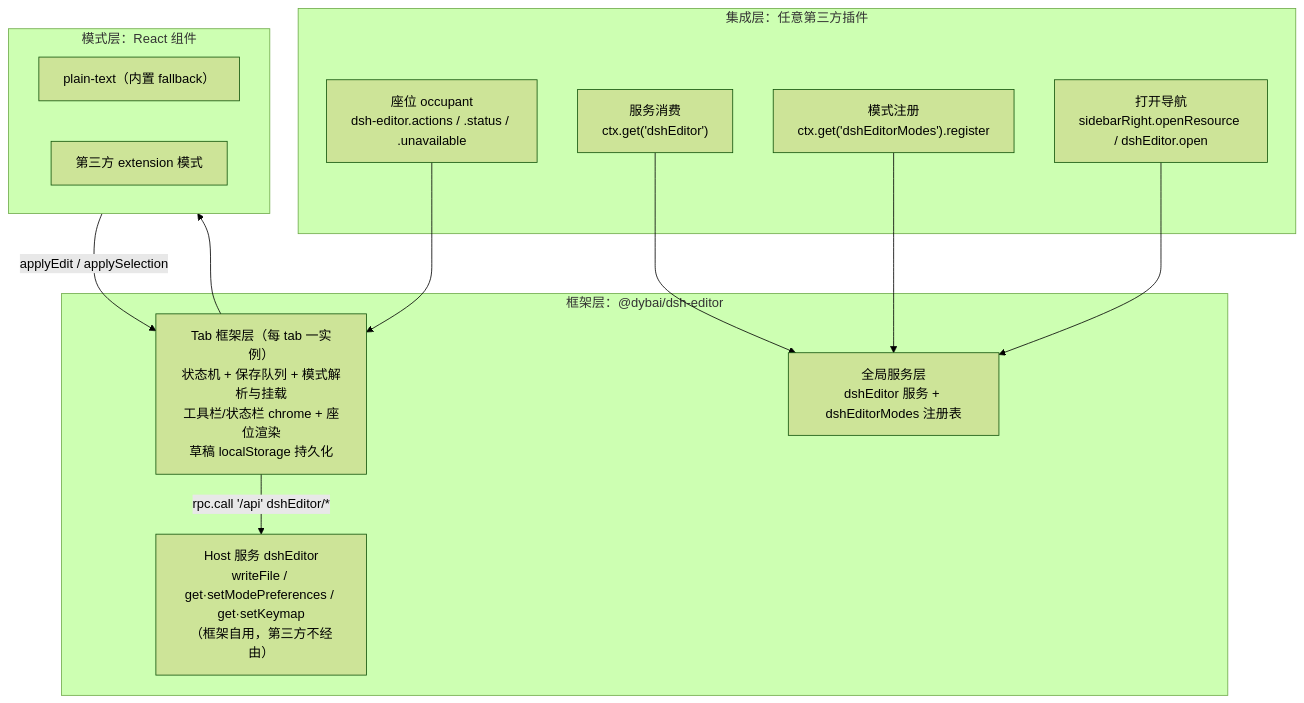
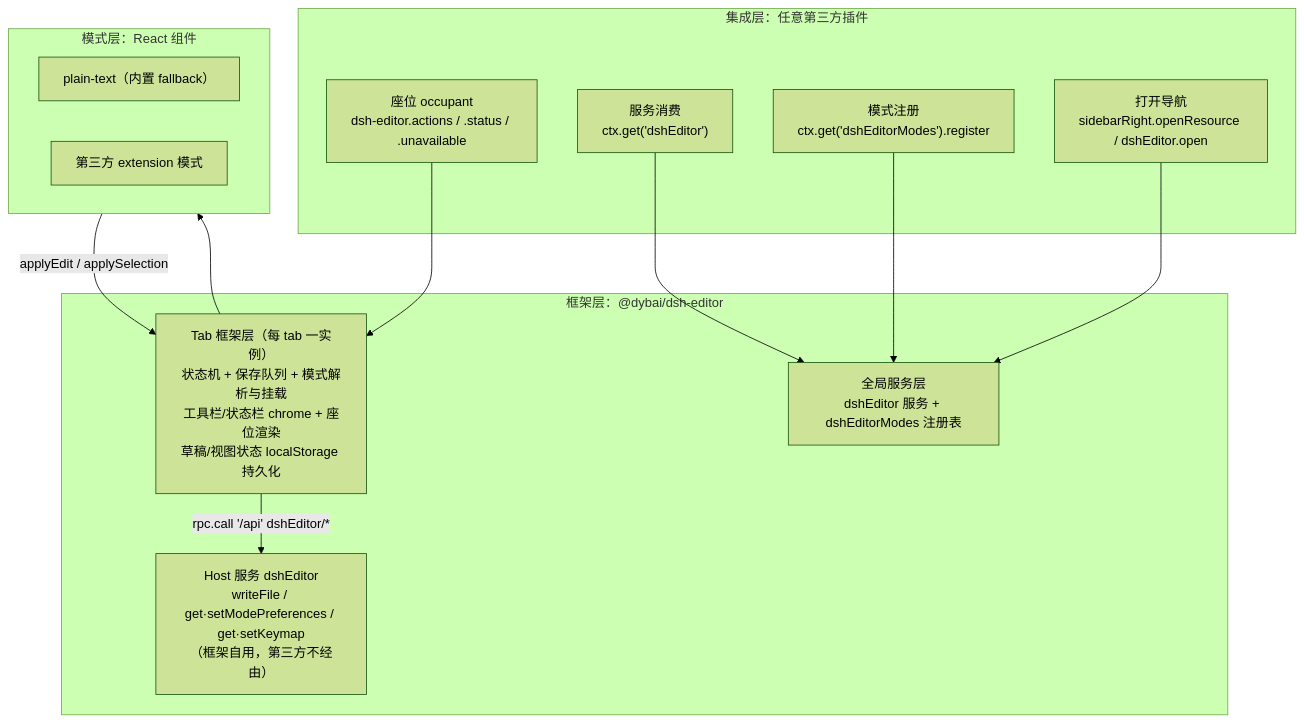
Before and after one commit to dybai/dsh-editor: the first of 3 diagrams in docs/contracts.md, drawn with Mermaid (forest theme). The commit also changed other lines of this file and 1 other file, not shown here.

````diff
--- a/docs/contracts.md
+++ b/docs/contracts.md
@@ -27,25 +27,25 @@
 ```mermaid
 flowchart TD
     subgraph I["集成层：任意第三方插件"]
         I1["座位 occupant<br/>dsh-editor.actions / .status / .unavailable"]
         I2["服务消费<br/>ctx.get('dshEditor')"]
         I3["模式注册<br/>ctx.get('dshEditorModes').register"]
         I4["打开导航<br/>sidebarRight.openResource / dshEditor.open"]
     end
     subgraph F["框架层：@dybai/dsh-editor"]
-        F1["Tab 框架层（每 tab 一实例）<br/>状态机 + 保存队列 + 模式解析与挂载<br/>工具栏/状态栏 chrome + 座位渲染<br/>草稿 localStorage 持久化"]
+        F1["Tab 框架层（每 tab 一实例）<br/>状态机 + 保存队列 + 模式解析与挂载<br/>工具栏/状态栏 chrome + 座位渲染<br/>草稿/视图状态 localStorage 持久化"]
         F2["全局服务层<br/>dshEditor 服务 + dshEditorModes 注册表"]
         F3["Host 服务 dshEditor<br/>writeFile / get·setModePreferences / get·setKeymap<br/>（框架自用，第三方不经由）"]
     end
     subgraph M["模式层：React 组件"]
         M1["plain-text（内置 fallback）"]
         M2["第三方 extension 模式"]
     end
     I1 --> F1
     I2 --> F2
     I3 --> F2
     I4 --> F2
     F1 --> M
     M -->|applyEdit / applySelection| F1
     F1 -->|rpc.call '/api' dshEditor/*| F3
 ```
````
